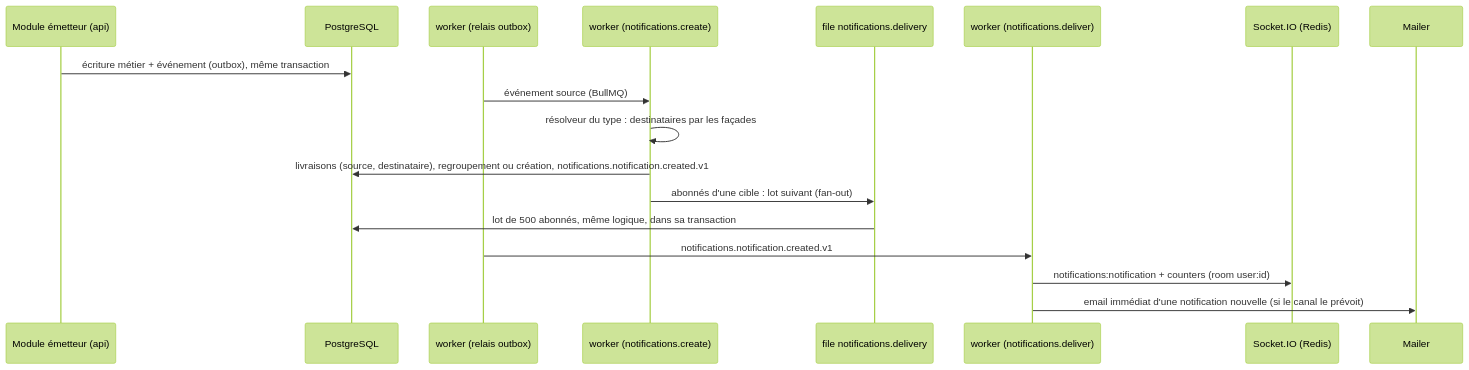
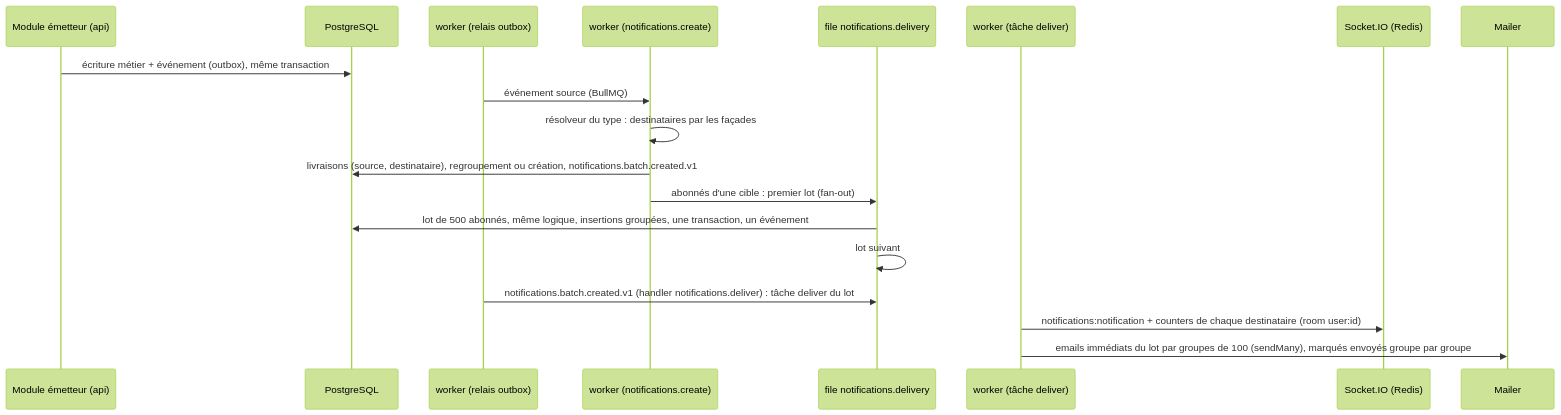
One commit to OpenWork-NCE/pitchorium changed the first of 3 diagrams in docs/architecture/notifications.md. Above: the diagram before and after it, drawn with Mermaid (forest theme). The commit also changed other lines of this file and 23 other files, not shown here.

First line of the commit message:
perf(notifications): create, push and email notifications by batches

````diff
--- a/docs/architecture/notifications.md
+++ b/docs/architecture/notifications.md
@@ -7,20 +7,21 @@
 ```mermaid
 sequenceDiagram
   participant M as Module émetteur (api)
   participant DB as PostgreSQL
   participant R as worker (relais outbox)
   participant H as worker (notifications.create)
   participant Q as file notifications.delivery
-  participant D as worker (notifications.deliver)
+  participant D as worker (tâche deliver)
   participant S as Socket.IO (Redis)
   participant E as Mailer
   M->>DB: écriture métier + événement (outbox), même transaction
   R->>H: événement source (BullMQ)
   H->>H: résolveur du type : destinataires par les façades
-  H->>DB: livraisons (source, destinataire), regroupement ou création, notifications.notification.created.v1
-  H->>Q: abonnés d'une cible : lot suivant (fan-out)
-  Q->>DB: lot de 500 abonnés, même logique, dans sa transaction
-  R->>D: notifications.notification.created.v1
-  D->>S: notifications:notification + counters (room user:id)
-  D->>E: email immédiat d'une notification nouvelle (si le canal le prévoit)
+  H->>DB: livraisons (source, destinataire), regroupement ou création, notifications.batch.created.v1
+  H->>Q: abonnés d'une cible : premier lot (fan-out)
+  Q->>DB: lot de 500 abonnés, même logique, insertions groupées, une transaction, un événement
+  Q->>Q: lot suivant
+  R->>Q: notifications.batch.created.v1 (handler notifications.deliver) : tâche deliver du lot
+  D->>S: notifications:notification + counters de chaque destinataire (room user:id)
+  D->>E: emails immédiats du lot par groupes de 100 (sendMany), marqués envoyés groupe par groupe
 ```
````
